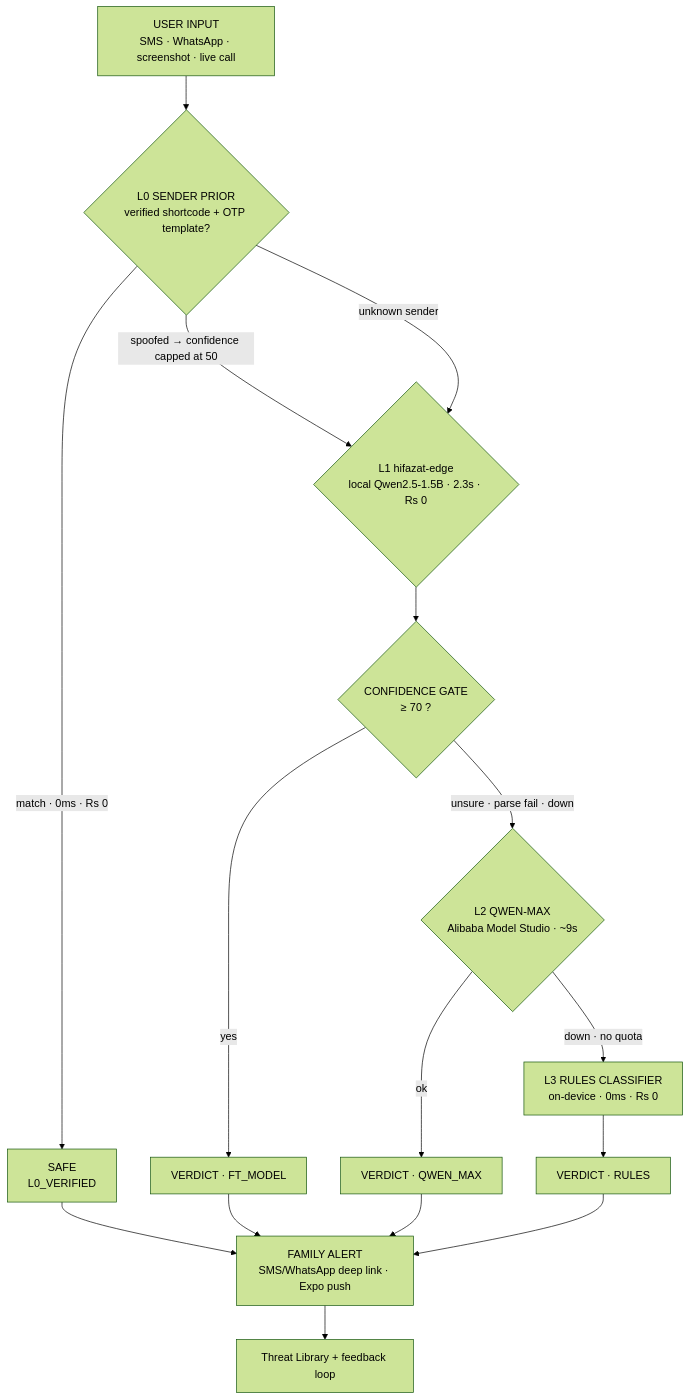
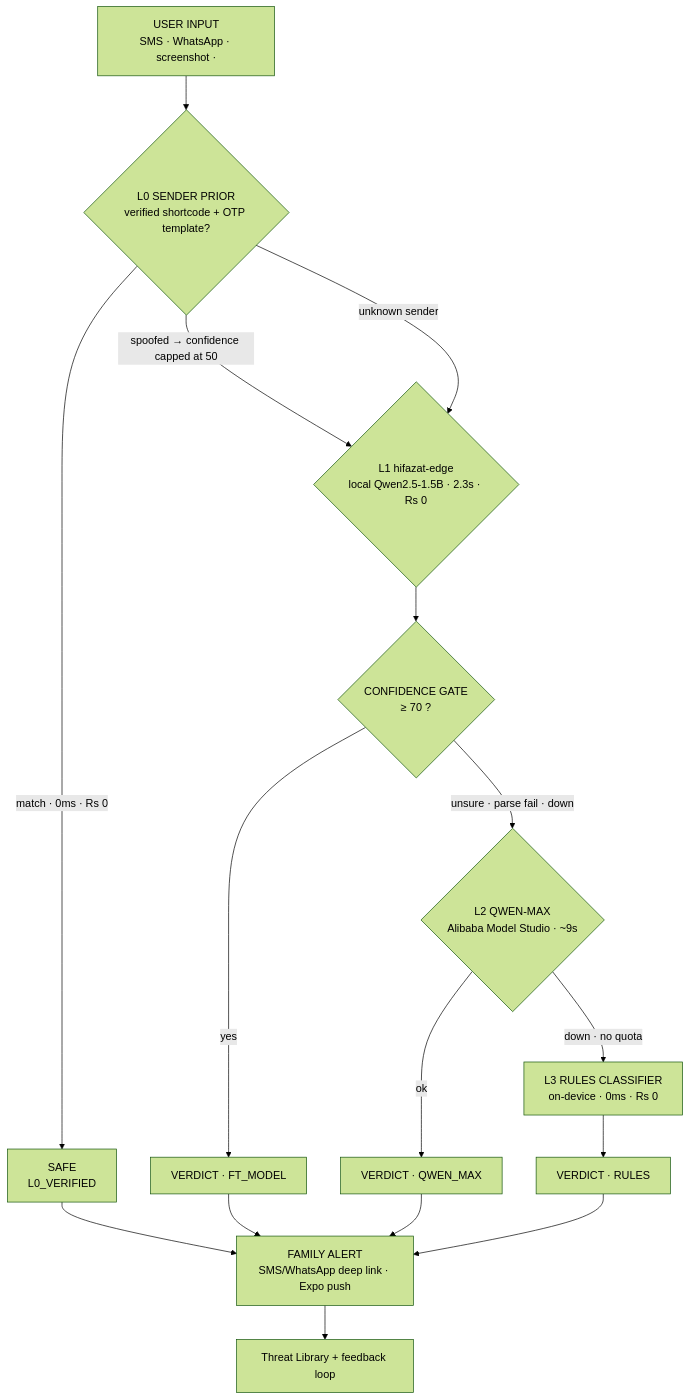
The diagram in README.md (cyberNoman/Safe-Pakistan), drawn with Mermaid (forest theme) before and after one commit. The commit also changed other lines of this file, not shown here.

````diff
--- a/README.md
+++ b/README.md
@@ -92,18 +95,18 @@
 ```mermaid
 flowchart TD
-  A["USER INPUT<br/>SMS · WhatsApp · screenshot · live call"] --> L0{"L0 SENDER PRIOR<br/>verified shortcode + OTP template?"}
+  A["USER INPUT<br/>SMS · WhatsApp · screenshot ·"] --> L0{"L0 SENDER PRIOR<br/>verified shortcode + OTP template?"}
   L0 -- "match · 0ms · Rs 0" --> V0["SAFE<br/>L0_VERIFIED"]
   L0 -- "spoofed → confidence capped at 50" --> L1
   L0 -- "unknown sender" --> L1{"L1 hifazat-edge<br/>local Qwen2.5-1.5B · 2.3s · Rs 0"}
   L1 --> G{"CONFIDENCE GATE<br/>≥ 70 ?"}
   G -- "yes" --> V1["VERDICT · FT_MODEL"]
   G -- "unsure · parse fail · down" --> L2{"L2 QWEN-MAX<br/>Alibaba Model Studio · ~9s"}
   L2 -- "ok" --> V2["VERDICT · QWEN_MAX"]
   L2 -- "down · no quota" --> L3["L3 RULES CLASSIFIER<br/>on-device · 0ms · Rs 0"]
   L3 --> V3["VERDICT · RULES"]
   V0 --> F["FAMILY ALERT<br/>SMS/WhatsApp deep link · Expo push"]
   V1 --> F
   V2 --> F
   V3 --> F
   F --> T["Threat Library + feedback loop"]
 ```
````
